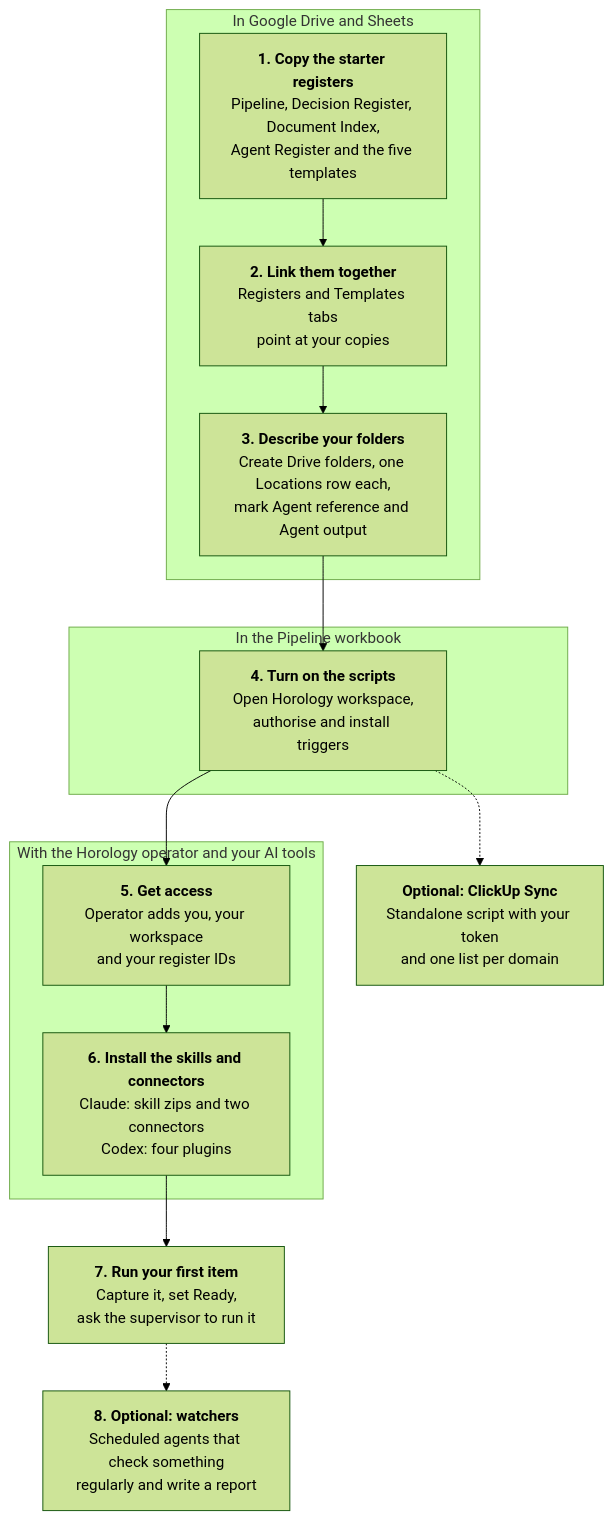
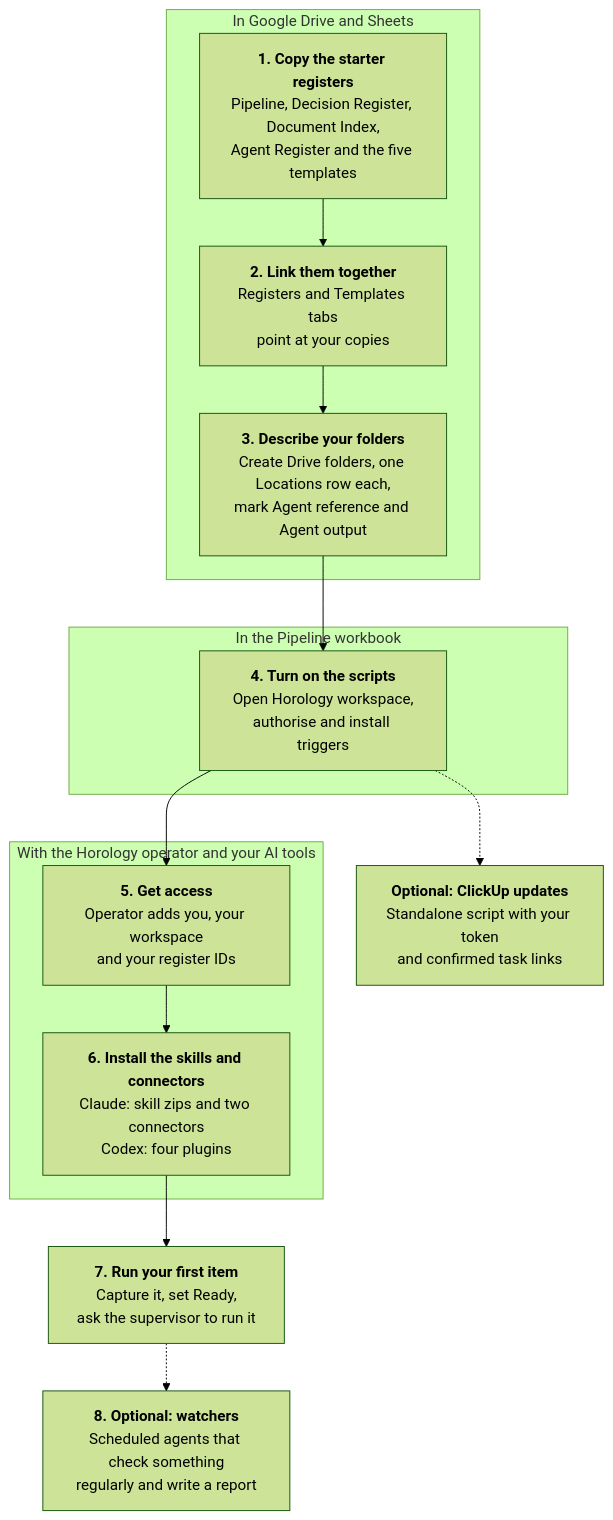
Before and after one commit to Welladino/Horology: the first of 3 diagrams in docs/runbook/setup/setup.md, drawn with Mermaid (forest theme). The commit also changed other lines of this file and 41 other files, not shown here.

Commit message:
Use ClickUp as a one-way Pipeline notebook and remove legacy Apps Script

````diff
--- a/docs/runbook/setup/setup.md
+++ b/docs/runbook/setup/setup.md
@@ -5,21 +5,21 @@
 ```mermaid
 flowchart TB
   subgraph g1["In Google Drive and Sheets"]
     s1["<b>1. Copy the starter registers</b><br/>Pipeline, Decision Register, Document Index,<br/>Agent Register and the five templates"]
     s2["<b>2. Link them together</b><br/>Registers and Templates tabs<br/>point at your copies"]
     s3["<b>3. Describe your folders</b><br/>Create Drive folders, one Locations row each,<br/>mark Agent reference and Agent output"]
   end
   subgraph g2["In the Pipeline workbook"]
     s4["<b>4. Turn on the scripts</b><br/>Open Horology workspace,<br/>authorise and install triggers"]
   end
   subgraph g3["With the Horology operator and your AI tools"]
     s5["<b>5. Get access</b><br/>Operator adds you, your workspace<br/>and your register IDs"]
     s6["<b>6. Install the skills and connectors</b><br/>Claude: skill zips and two connectors<br/>Codex: four plugins"]
   end
   s7["<b>7. Run your first item</b><br/>Capture it, set Ready,<br/>ask the supervisor to run it"]
-  s8["<b>Optional: ClickUp Sync</b><br/>Standalone script with your token<br/>and one list per domain"]
+  s8["<b>Optional: ClickUp updates</b><br/>Standalone script with your token<br/>and confirmed task links"]
   s9["<b>8. Optional: watchers</b><br/>Scheduled agents that check something<br/>regularly and write a report"]
   s1 --> s2 --> s3 --> s4 --> s5 --> s6 --> s7
   s4 -.-> s8
   s7 -.-> s9
 ```
````
